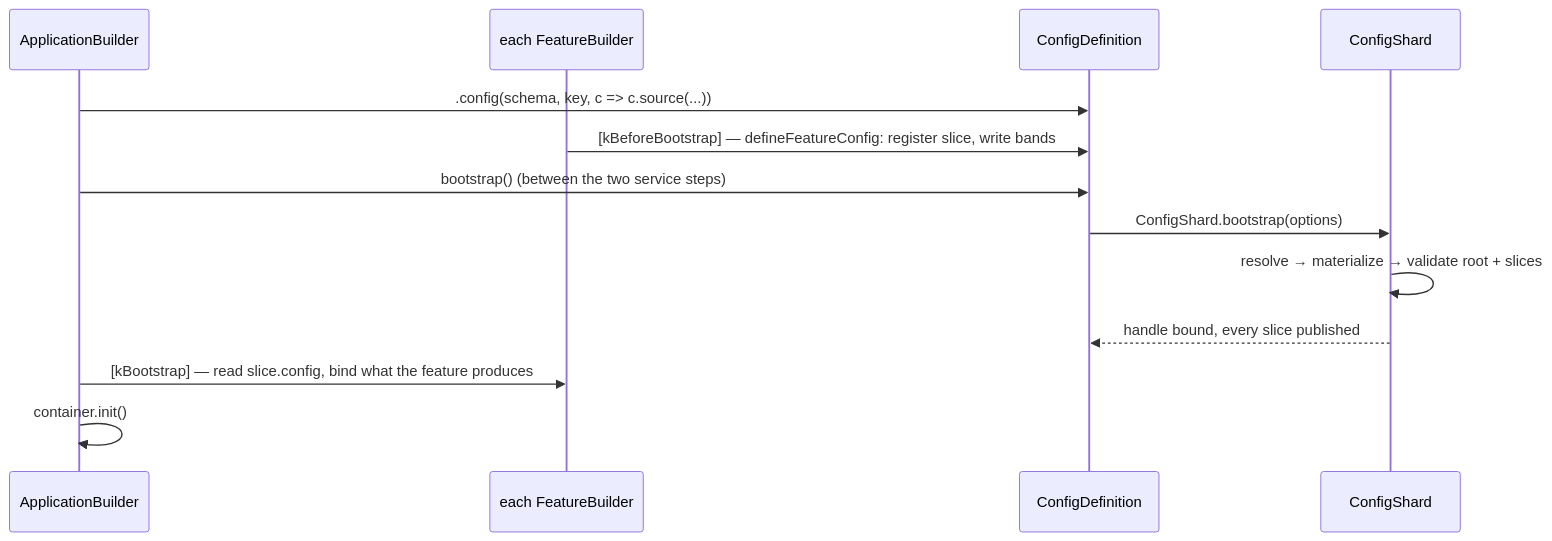
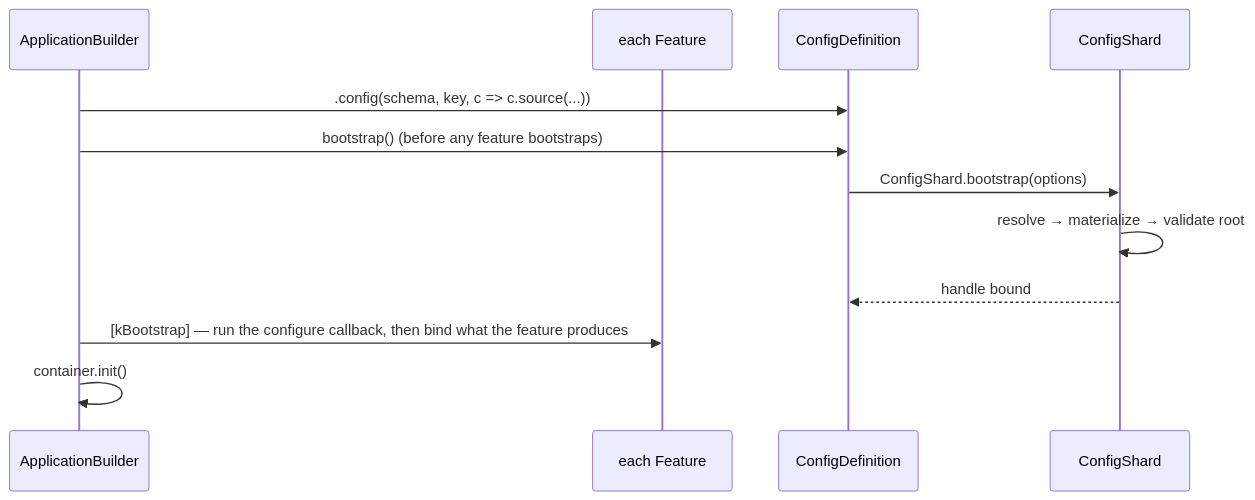
The fifth of 5 diagrams in std/config/README.md (caffeinejs/caffeine), drawn with Mermaid before and after one commit. The commit also changed other lines of this file and 164 other files, not shown here.

````diff
--- a/std/config/README.md
+++ b/std/config/README.md
@@ -281,15 +285,14 @@
 ```mermaid
 sequenceDiagram
   participant App as ApplicationBuilder
-  participant Feat as each FeatureBuilder
+  participant Feat as each Feature
   participant Def as ConfigDefinition
   participant Shard as ConfigShard
   App->>Def: .config(schema, key, c => c.source(...))
-  Feat->>Def: [kBeforeBootstrap] — defineFeatureConfig: register slice, write bands
-  App->>Def: bootstrap()  (between the two service steps)
+  App->>Def: bootstrap()  (before any feature bootstraps)
   Def->>Shard: ConfigShard.bootstrap(options)
-  Shard->>Shard: resolve → materialize → validate root + slices
-  Shard-->>Def: handle bound, every slice published
-  App->>Feat: [kBootstrap] — read slice.config, bind what the feature produces
+  Shard->>Shard: resolve → materialize → validate root
+  Shard-->>Def: handle bound
+  App->>Feat: [kBootstrap] — run the configure callback, then bind what the feature produces
   App->>App: container.init()
 ```
````
